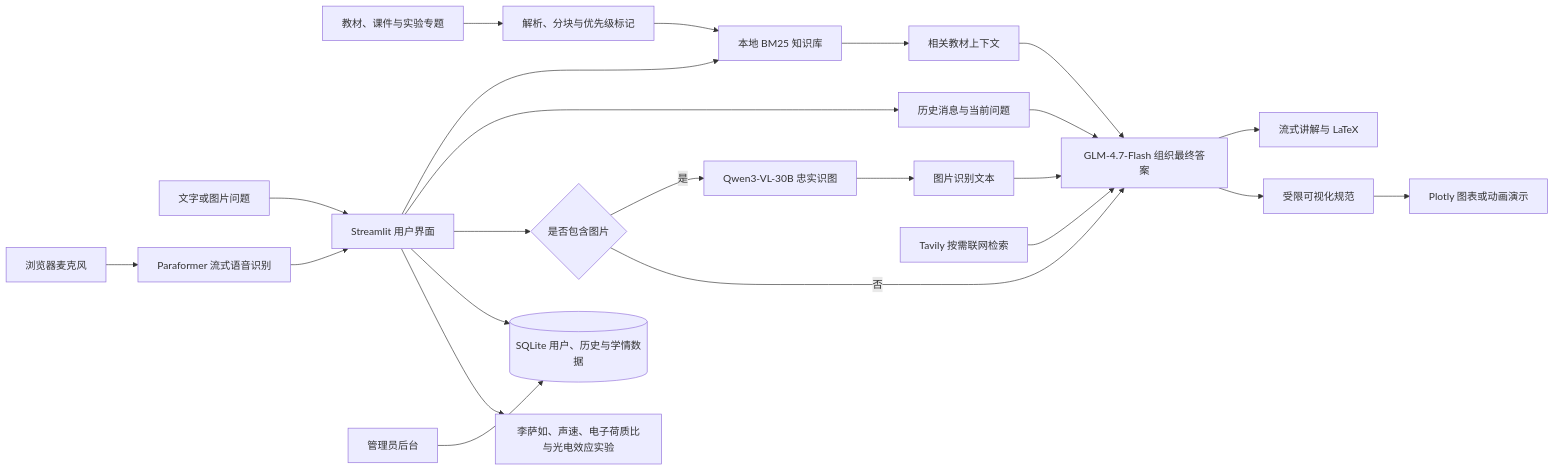
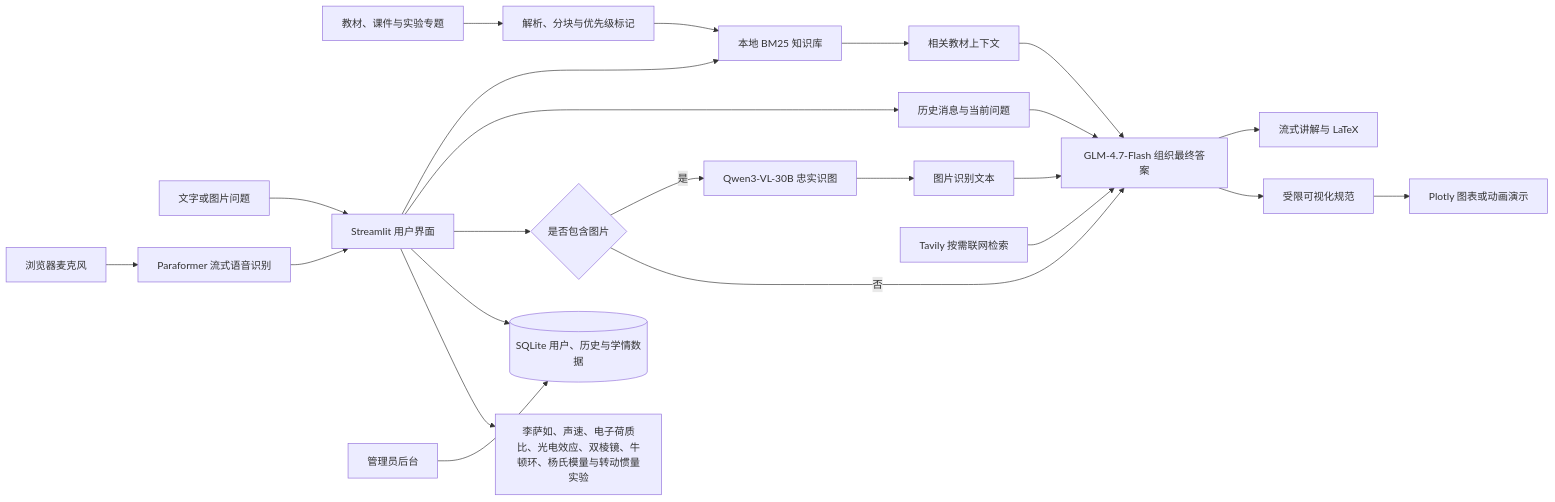
The diagram in README.md (RENAI-PHYSICS-AI/Ren-ai_Intelligent_Teaching_Assistant_for_College_Physics), drawn with Mermaid before and after one commit. The commit also changed other lines of this file and 128 other files, not shown here.

````diff
--- a/README.md
+++ b/README.md
@@ -48,25 +52,25 @@
 ```mermaid
 flowchart LR
     A[教材、课件与实验专题] --> B[解析、分块与优先级标记]
     B --> C[本地 BM25 知识库]
     D[文字或图片问题] --> E[Streamlit 用户界面]
     P[浏览器麦克风] --> Q[Paraformer 流式语音识别]
     Q --> E
     E --> C
     C --> F[相关教材上下文]
     E --> G[历史消息与当前问题]
     E --> R{是否包含图片}
     R -- 是 --> V[Qwen3-VL-30B 忠实识图]
     V --> X[图片识别文本]
     F --> H[GLM-4.7-Flash 组织最终答案]
     G --> H
     X --> H
     R -- 否 --> H
     O[Tavily 按需联网检索] --> H
     H --> I[流式讲解与 LaTeX]
     H --> J[受限可视化规范]
     J --> K[Plotly 图表或动画演示]
     E --> L[(SQLite 用户、历史与学情数据)]
     M[管理员后台] --> L
-    E --> N[李萨如、声速、电子荷质比与光电效应实验]
+    E --> N[李萨如、声速、电子荷质比、光电效应、双棱镜、牛顿环、杨氏模量与转动惯量实验]
 ```
````
